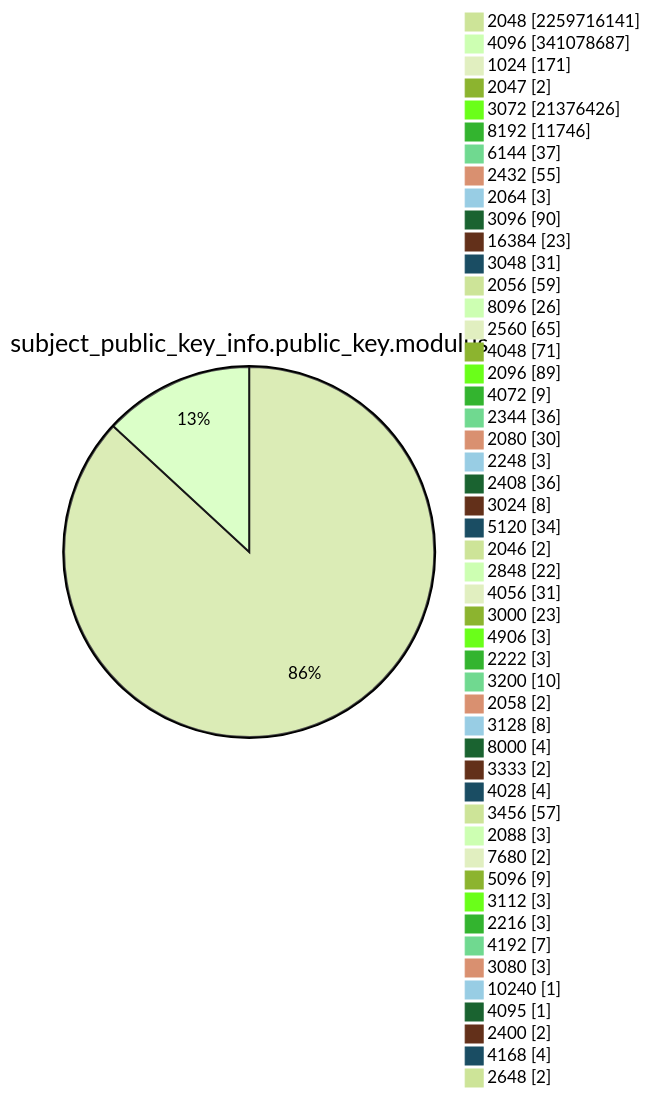
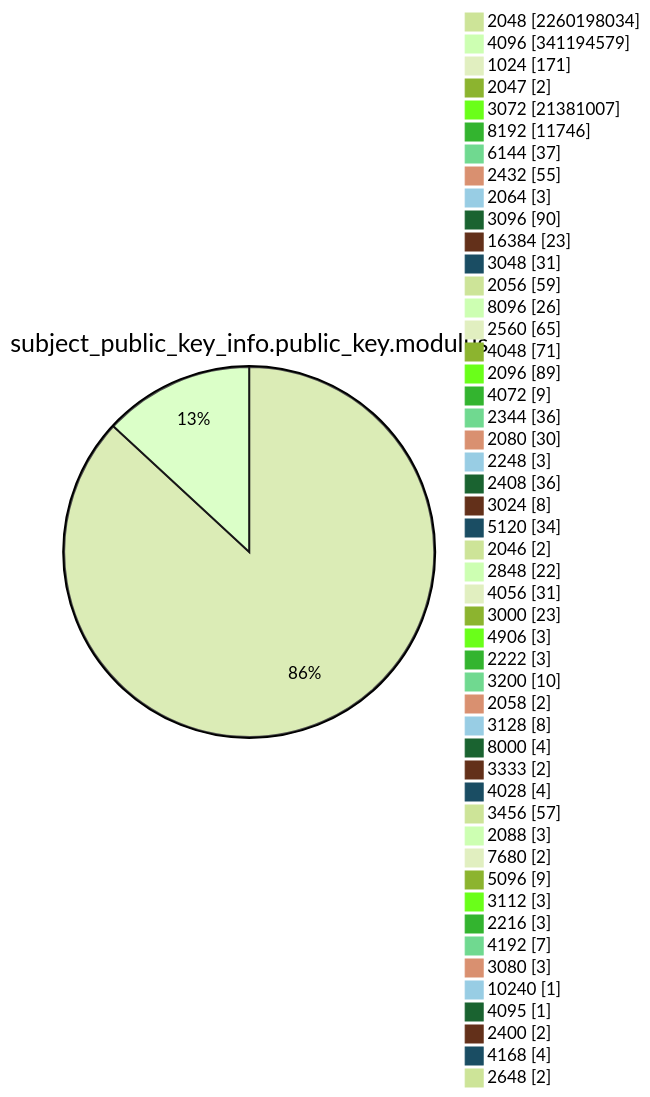
One commit to christiankrug/ctmonitor_visualization changed diagram 13 of 15 in TOTAL/README.md. Above: the diagram before and after it, drawn with Mermaid (forest theme). The commit also changed other lines of this file, not shown here.

````diff
--- a/TOTAL/README.md
+++ b/TOTAL/README.md
@@ -4165,53 +4165,53 @@
 ```mermaid
 pie showData
 title subject_public_key_info.public_key.modulus
-"2048" :2259716141
-"4096" :341078687
+"2048" :2260198034
+"4096" :341194579
 "1024" :171
 "2047" :2
-"3072" :21376426
+"3072" :21381007
 "8192" :11746
 "6144" :37
 "2432" :55
 "2064" :3
 "3096" :90
 "16384" :23
 "3048" :31
 "2056" :59
 "8096" :26
 "2560" :65
 "4048" :71
 "2096" :89
 "4072" :9
 "2344" :36
 "2080" :30
 "2248" :3
 "2408" :36
 "3024" :8
 "5120" :34
 "2046" :2
 "2848" :22
 "4056" :31
 "3000" :23
 "4906" :3
 "2222" :3
 "3200" :10
 "2058" :2
 "3128" :8
 "8000" :4
 "3333" :2
 "4028" :4
 "3456" :57
 "2088" :3
 "7680" :2
 "5096" :9
 "3112" :3
 "2216" :3
 "4192" :7
 "3080" :3
 "10240" :1
 "4095" :1
 "2400" :2
 "4168" :4
 "2648" :2
 ```
````
